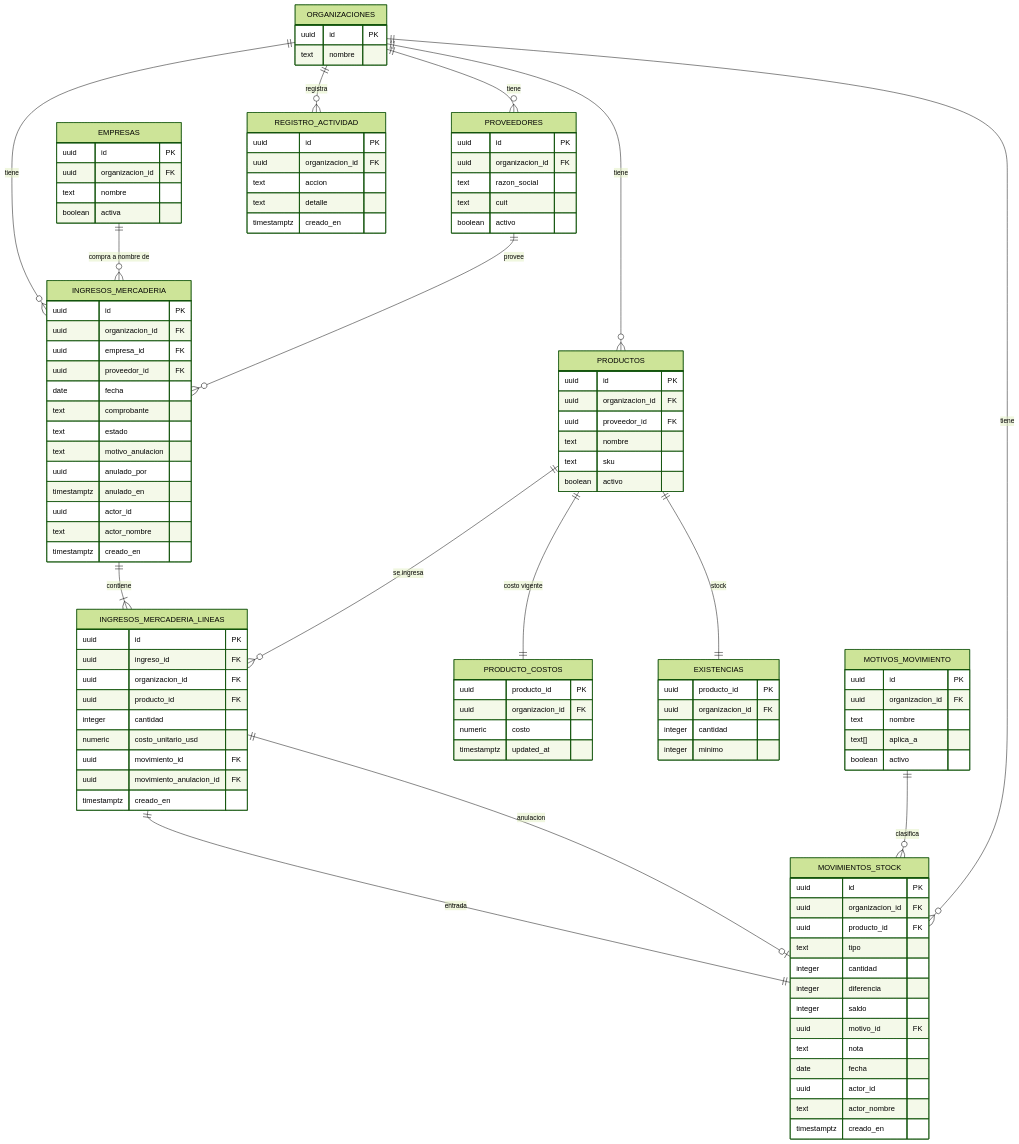
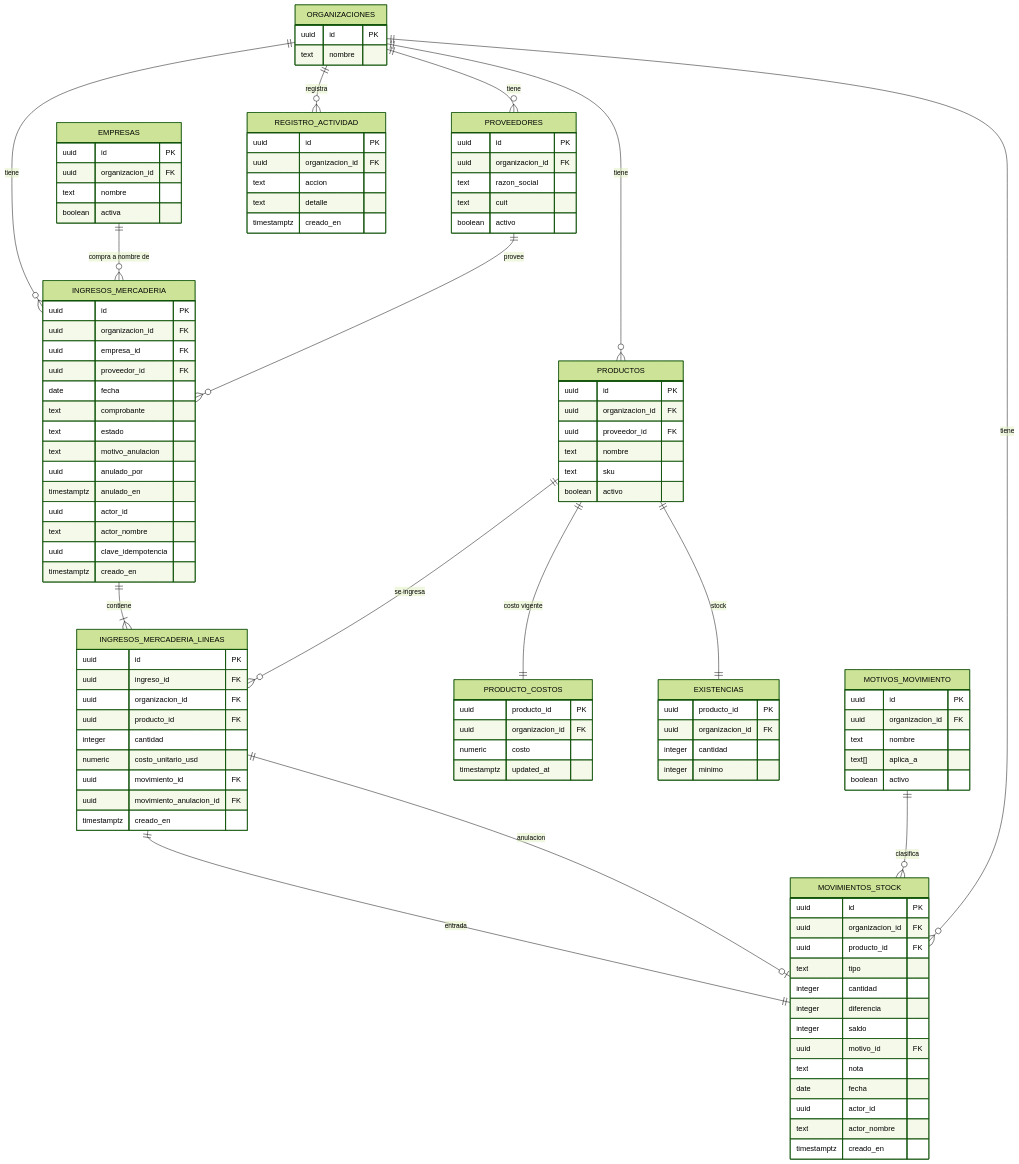
One commit to nicolasjones/multistorefront-meli changed the diagram in specs/20261021-183246-ingreso-de-mercaderia-por-proveedor/spec.md. Above: the diagram before and after it, drawn with Mermaid (forest theme). The commit also changed other lines of this file and 2 other files, not shown here.

```diff
--- a/specs/20261021-183246-ingreso-de-mercaderia-por-proveedor/spec.md
+++ b/specs/20261021-183246-ingreso-de-mercaderia-por-proveedor/spec.md
@@ -440,6 +441,7 @@
     timestamptz anulado_en
     uuid actor_id
     text actor_nombre
+    uuid clave_idempotencia
     timestamptz creado_en
   }
   INGRESOS_MERCADERIA_LINEAS {
```
